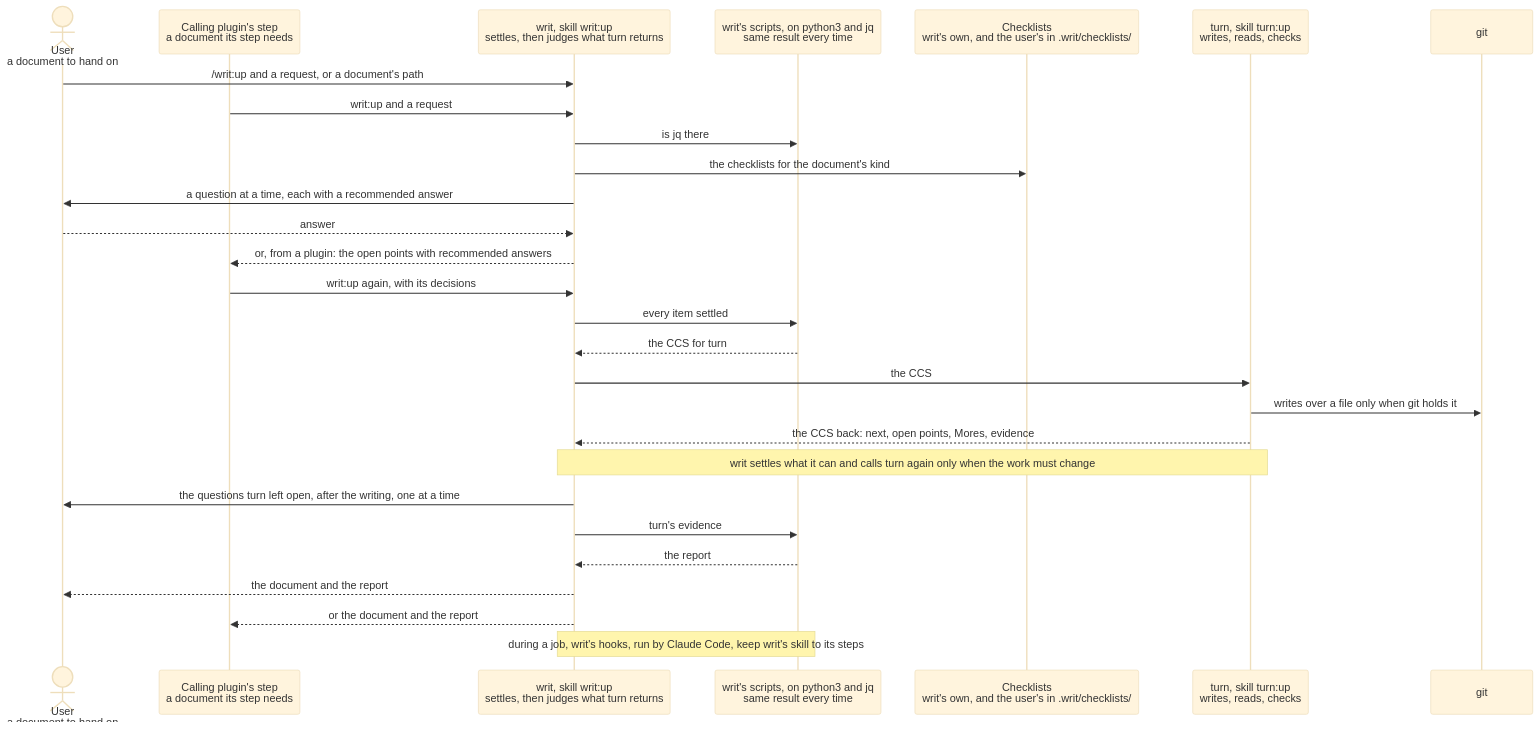
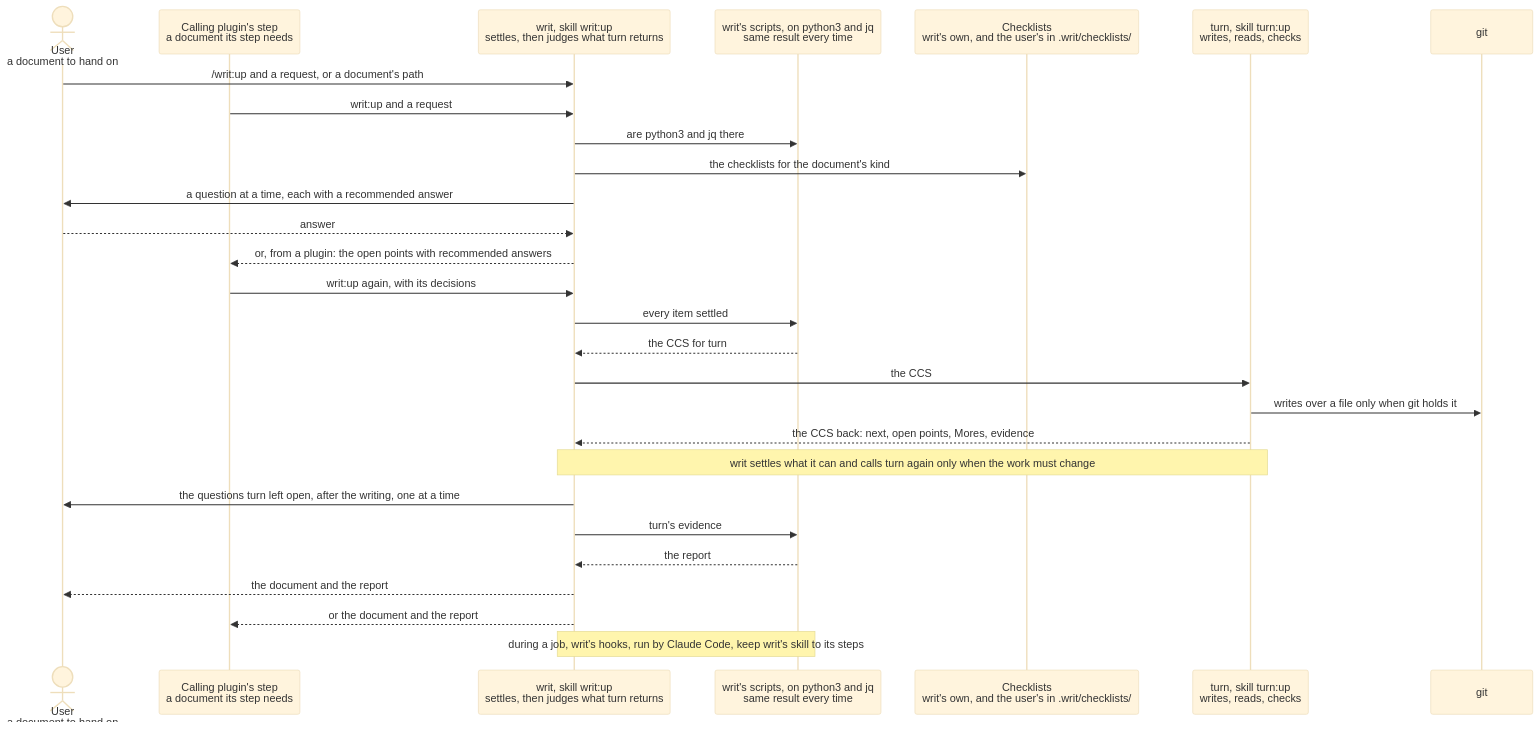
One commit to lovaizu/ccpm changed the diagram in dev/writ/design.md. Above: the diagram before and after it, drawn with Mermaid (base theme). The commit also changed other lines of this file and 2 other files, not shown here.

````diff
--- a/dev/writ/design.md
+++ b/dev/writ/design.md
@@ -203,30 +204,30 @@
 ```mermaid
 sequenceDiagram
   actor U as User<br/>a document to hand on
   participant P as Calling plugin's step<br/>a document its step needs
   participant W as writ, skill writ:up<br/>settles, then judges what turn returns
   participant S as writ's scripts, on python3 and jq<br/>same result every time
   participant K as Checklists<br/>writ's own, and the user's in .writ/checklists/
   participant T as turn, skill turn:up<br/>writes, reads, checks
   participant GIT as git
   U->>W: /writ:up and a request, or a document's path
   P->>W: writ:up and a request
-  W->>S: is jq there
+  W->>S: are python3 and jq there
   W->>K: the checklists for the document's kind
   W->>U: a question at a time, each with a recommended answer
   U-->>W: answer
   W-->>P: or, from a plugin: the open points with recommended answers
   P->>W: writ:up again, with its decisions
   W->>S: every item settled
   S-->>W: the CCS for turn
   W->>T: the CCS
   T->>GIT: writes over a file only when git holds it
   T-->>W: the CCS back: next, open points, Mores, evidence
   Note over W,T: writ settles what it can and calls turn again only when the work must change
   W->>U: the questions turn left open, after the writing, one at a time
   W->>S: turn's evidence
   S-->>W: the report
   W-->>U: the document and the report
   W-->>P: or the document and the report
   Note over W,S: during a job, writ's hooks, run by Claude Code, keep writ's skill to its steps
 ```
````
